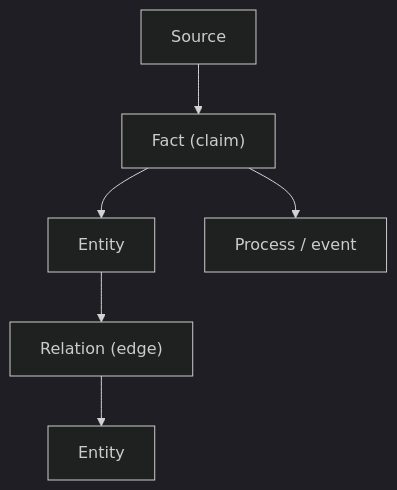
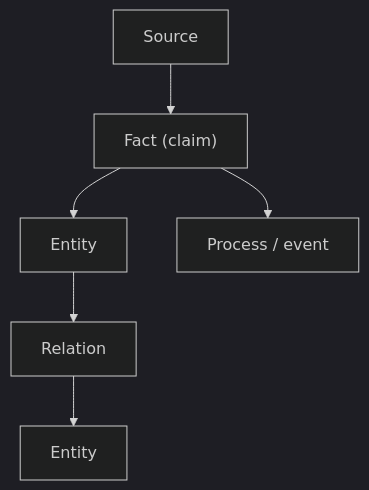
The first of 3 diagrams in docs/methodology/core-primitives.md (5Reasons/5reasons.github.io), drawn with Mermaid (dark theme) before and after one commit. The commit also changed other lines of this file and 20 other files, not shown here.

````diff
--- a/docs/methodology/core-primitives.md
+++ b/docs/methodology/core-primitives.md
@@ -53,8 +108,8 @@
 ```mermaid
 flowchart TB;
 	S["Source"] --> F["Fact (claim)"];
 	F --> E1["Entity"];
 	F --> P["Process / event"];
-	E1 --> R["Relation (edge)"];
+	E1 --> R["Relation"];
 	R --> E2["Entity"];
 ```
````
